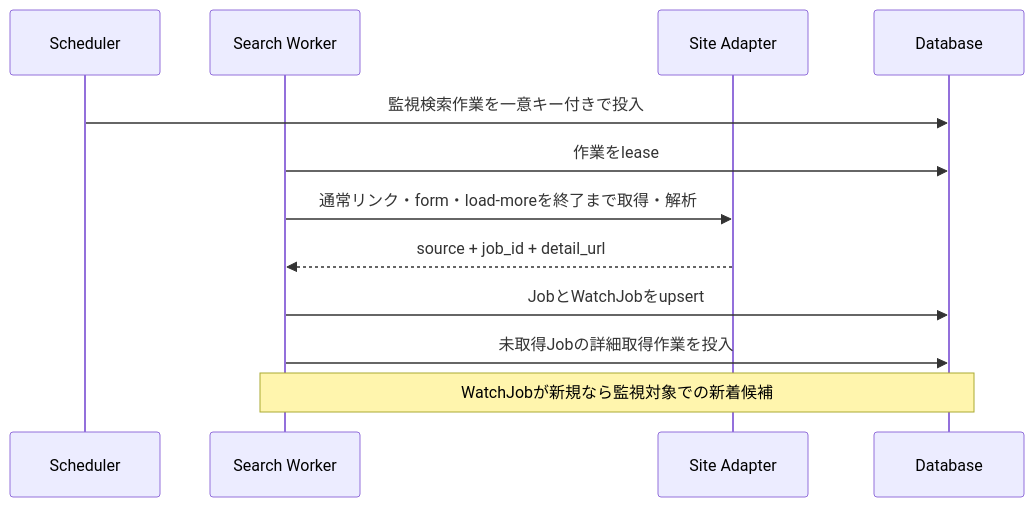
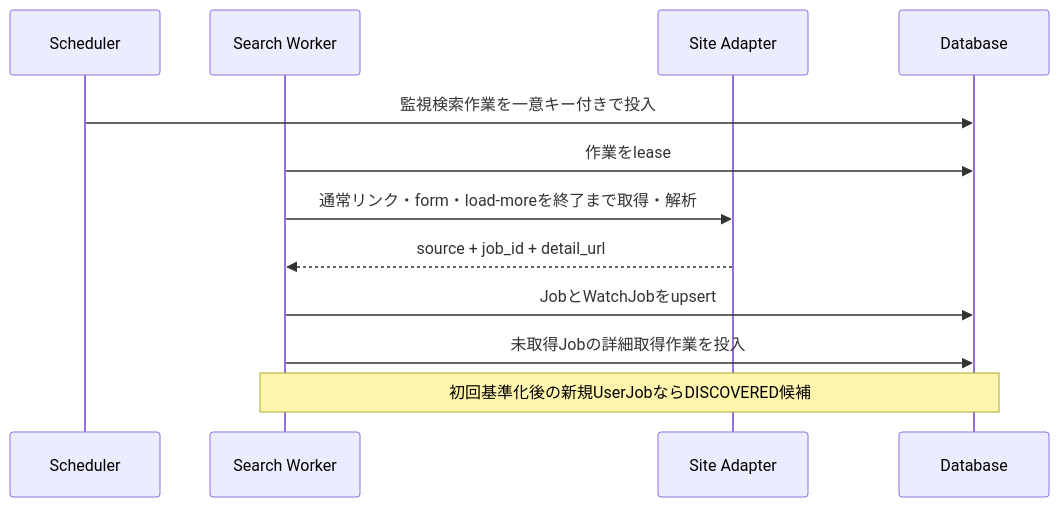
The second of 2 diagrams in doc/architecture/system-design.md (dommyttdev/job-hunter), drawn with Mermaid before and after one commit. The commit also changed other lines of this file and 19 other files, not shown here.

````diff
--- a/doc/architecture/system-design.md
+++ b/doc/architecture/system-design.md
@@ -56,14 +56,14 @@
 ```mermaid
 sequenceDiagram
     participant S as Scheduler
     participant W as Search Worker
     participant A as Site Adapter
     participant D as Database
     S->>D: 監視検索作業を一意キー付きで投入
     W->>D: 作業をlease
     W->>A: 通常リンク・form・load-moreを終了まで取得・解析
     A-->>W: source + job_id + detail_url
     W->>D: JobとWatchJobをupsert
     W->>D: 未取得Jobの詳細取得作業を投入
-    Note over W,D: WatchJobが新規なら監視対象での新着候補
+    Note over W,D: 初回基準化後の新規UserJobならDISCOVERED候補
 ```
````
